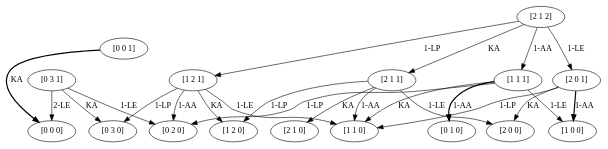
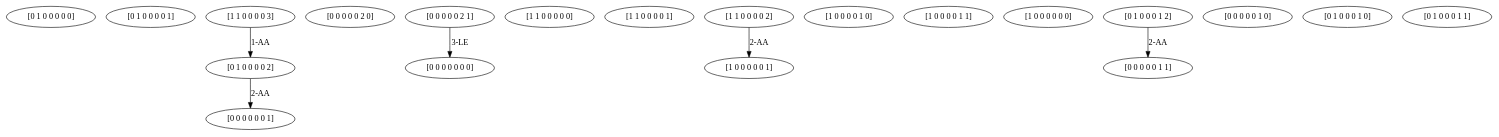
Before and after one commit to rb4k/DP-RM-with-storage: the diagram in test.dot, drawn with Graphviz. The commit also changed 28 other files, not shown here.

```diff
--- a/test.dot
+++ b/test.dot
@@ -1,293 +1,143 @@
 digraph  {
 	node [label="\N"];
-	33	 [capacity="[0]",
-		label="[0 0 0]",
-		stock="[0]",
+	32	 [capacity="[0 1 0]",
+		label="[0 1 0 0 0 0 0]",
+		stock="[0 0 0]",
 		time=0,
 		value=0.0];
-	34	 [capacity="[0]",
-		label="[0 0 1]",
-		stock="[0]",
+	33	 [capacity="[0 1 0]",
+		label="[0 1 0 0 0 0 1]",
+		stock="[0 0 0]",
 		time=1,
 		value=0.0];
-	34 -> 33 [key=0,
-	goal="[0 0 0]",
-	label=KA,
-	modus=KA,
-	not_best_politic=False,
-	revenue=0,
-	style=bold,
-	time=1,
-	weight=0.0,
+	34	 [capacity="[0 1 0]",
+		label="[0 1 0 0 0 0 2]",
+		stock="[0 0 0]",
+		time=2,
+		value=180.0];
+	45	 [capacity="[0 0 0]",
+		label="[0 0 0 0 0 0 1]",
+		stock="[0 0 0]",
+		time=1,
+		value=0.0];
+	34 -> 45 [key=2,
+	goal="[0 0 0 0 0 0 1]",
+	label="2-AA",
+	modus=AA,
+	revenue=200,
+	time=2,
+	weight=200.0,
 	weight_goal=0.0];
-6 [capacity="[2]",
-	label="[2 1 0]",
-	stock="[1]",
+36 [capacity="[0 0 0]",
+	label="[0 0 0 0 0 2 0]",
+	stock="[0 0 2]",
 	time=0,
 	value=0.0];
-7 [capacity="[2]",
-	label="[2 1 1]",
-	stock="[1]",
+37 [capacity="[0 0 0]",
+	label="[0 0 0 0 0 2 1]",
+	stock="[0 0 2]",
 	time=1,
-	value=50.0];
-7 -> 6 [key=0,
-goal="[2 1 0]",
-label=KA,
-modus=KA,
-not_best_politic=True,
-revenue=0,
-time=1,
-weight=0.0,
-weight_goal=0.0];
-9 [capacity="[2]",
-label="[2 0 0]",
-stock="[0]",
-time=0,
-value=0.0];
-7 -> 9 [key=1,
-goal="[2 0 0]",
-label="1-LE",
+	value=4500.0];
+44 [capacity="[0 0 0]",
+	label="[0 0 0 0 0 0 0]",
+	stock="[0 0 0]",
+	time=0,
+	value=0.0];
+37 -> 44 [key=3,
+goal="[0 0 0 0 0 0 0]",
+label="3-LE",
 modus=LE,
-not_best_politic=True,
-revenue=100,
-time=1,
-weight=100.0,
-weight_goal=0.0];
-15 [capacity="[1]",
-label="[1 2 0]",
-stock="[2]",
-time=0,
-value=0.0];
-7 -> 15 [key=1,
-goal="[1 2 0]",
-label="1-LP",
-modus=LP,
-not_best_politic=True,
-revenue=0,
-time=1,
-weight=0.0,
-weight_goal=0.0];
-18 [capacity="[1]",
-label="[1 1 0]",
-stock="[1]",
-time=0,
-value=0.0];
-7 -> 18 [key=1,
-goal="[1 1 0]",
-label="1-AA",
-modus=AA,
-not_best_politic=True,
-revenue=100,
-time=1,
-weight=100.0,
-weight_goal=0.0];
-8 [capacity="[2]",
-label="[2 1 2]",
-stock="[1]",
-time=2,
-value=100.0];
-8 -> 7 [key=0,
-goal="[2 1 1]",
-label=KA,
-modus=KA,
-not_best_politic=True,
-revenue=0,
-time=2,
-weight=0.0,
-weight_goal=50.0];
-10 [capacity="[2]",
-label="[2 0 1]",
-stock="[0]",
-time=1,
-value=50.0];
-8 -> 10 [key=1,
-goal="[2 0 1]",
-label="1-LE",
-modus=LE,
-not_best_politic=True,
-revenue=100,
-time=2,
-weight=100.0,
-weight_goal=50.0];
-16 [capacity="[1]",
-label="[1 2 1]",
-stock="[2]",
-time=1,
-value=50.0];
-8 -> 16 [key=1,
-goal="[1 2 1]",
-label="1-LP",
-modus=LP,
-not_best_politic=True,
-revenue=0,
-time=2,
-weight=0.0,
-weight_goal=50.0];
-19 [capacity="[1]",
-label="[1 1 1]",
-stock="[1]",
-time=1,
-value=50.0];
-8 -> 19 [key=1,
-goal="[1 1 1]",
-label="1-AA",
-modus=AA,
-not_best_politic=True,
-revenue=100,
-time=2,
-weight=100.0,
-weight_goal=50.0];
-10 -> 9 [key=0,
-goal="[2 0 0]",
-label=KA,
-modus=KA,
-not_best_politic=True,
-revenue=0,
-time=1,
-weight=0.0,
-weight_goal=0.0];
-10 -> 18 [key=1,
-goal="[1 1 0]",
-label="1-LP",
-modus=LP,
-not_best_politic=True,
-revenue=0,
-time=1,
-weight=0.0,
-weight_goal=0.0];
-21 [capacity="[1]",
-label="[1 0 0]",
-stock="[0]",
-time=0,
-value=0.0];
-10 -> 21 [key=1,
-goal="[1 0 0]",
-label="1-AA",
-modus=AA,
-not_best_politic=False,
-revenue=100,
-style=bold,
-time=1,
-weight=100.0,
-weight_goal=0.0];
-16 -> 15 [key=0,
-goal="[1 2 0]",
-label=KA,
-modus=KA,
-not_best_politic=True,
-revenue=0,
-time=1,
-weight=0.0,
-weight_goal=0.0];
-16 -> 18 [key=1,
-goal="[1 1 0]",
-label="1-LE",
-modus=LE,
-not_best_politic=True,
-revenue=100,
-time=1,
-weight=100.0,
-weight_goal=0.0];
-24 [capacity="[0]",
-label="[0 3 0]",
-stock="[3]",
-time=0,
-value=0.0];
-16 -> 24 [key=1,
-goal="[0 3 0]",
-label="1-LP",
-modus=LP,
-not_best_politic=True,
-revenue=0,
-time=1,
-weight=0.0,
-weight_goal=0.0];
-27 [capacity="[0]",
-label="[0 2 0]",
-stock="[2]",
-time=0,
-value=0.0];
-16 -> 27 [key=1,
-goal="[0 2 0]",
-label="1-AA",
-modus=AA,
-not_best_politic=True,
-revenue=100,
-time=1,
-weight=100.0,
-weight_goal=0.0];
-19 -> 18 [key=0,
-goal="[1 1 0]",
-label=KA,
-modus=KA,
-not_best_politic=True,
-revenue=0,
-time=1,
-weight=0.0,
-weight_goal=0.0];
-19 -> 21 [key=1,
-goal="[1 0 0]",
-label="1-LE",
-modus=LE,
-not_best_politic=True,
-revenue=100,
-time=1,
-weight=100.0,
-weight_goal=0.0];
-19 -> 27 [key=1,
-goal="[0 2 0]",
-label="1-LP",
-modus=LP,
-not_best_politic=True,
-revenue=0,
-time=1,
-weight=0.0,
-weight_goal=0.0];
-30 [capacity="[0]",
-label="[0 1 0]",
-stock="[1]",
-time=0,
-value=0.0];
-19 -> 30 [key=1,
-goal="[0 1 0]",
-label="1-AA",
-modus=AA,
-not_best_politic=False,
-revenue=100,
-style=bold,
-time=1,
-weight=100.0,
-weight_goal=0.0];
-25 [capacity="[0]",
-label="[0 3 1]",
-stock="[3]",
-time=1,
-value=0.0];
-25 -> 33 [key=2,
-goal="[0 0 0]",
-label="2-LE",
-modus=LE,
-not_best_politic=True,
 revenue=5000,
 time=1,
 weight=5000.0,
 weight_goal=0.0];
-25 -> 24 [key=0,
-goal="[0 3 0]",
-label=KA,
-modus=KA,
-not_best_politic=True,
-revenue=0,
+8 [capacity="[1 1 0]",
+label="[1 1 0 0 0 0 0]",
+stock="[0 0 0]",
+time=0,
+value=0.0];
+9 [capacity="[1 1 0]",
+label="[1 1 0 0 0 0 1]",
+stock="[0 0 0]",
 time=1,
-weight=0.0,
+value=0.0];
+10 [capacity="[1 1 0]",
+label="[1 1 0 0 0 0 2]",
+stock="[0 0 0]",
+time=2,
+value=180.0];
+21 [capacity="[1 0 0]",
+label="[1 0 0 0 0 0 1]",
+stock="[0 0 0]",
+time=1,
+value=0.0];
+10 -> 21 [key=2,
+goal="[1 0 0 0 0 0 1]",
+label="2-AA",
+modus=AA,
+revenue=200,
+time=2,
+weight=200.0,
 weight_goal=0.0];
-25 -> 27 [key=1,
-goal="[0 2 0]",
-label="1-LE",
-modus=LE,
-not_best_politic=True,
+11 [capacity="[1 1 0]",
+label="[1 1 0 0 0 0 3]",
+stock="[0 0 0]",
+time=3,
+value=3914.0];
+11 -> 34 [key=1,
+goal="[0 1 0 0 0 0 2]",
+label="1-AA",
+modus=AA,
 revenue=100,
+time=3,
+weight=100.0,
+weight_goal=180.0];
+16 [capacity="[1 0 0]",
+label="[1 0 0 0 0 1 0]",
+stock="[0 0 1]",
+time=0,
+value=0.0];
+17 [capacity="[1 0 0]",
+label="[1 0 0 0 0 1 1]",
+stock="[0 0 1]",
 time=1,
-weight=100.0,
+value=0.0];
+20 [capacity="[1 0 0]",
+label="[1 0 0 0 0 0 0]",
+stock="[0 0 0]",
+time=0,
+value=0.0];
+41 [capacity="[0 0 0]",
+label="[0 0 0 0 0 1 1]",
+stock="[0 0 1]",
+time=1,
+value=0.0];
+40 [capacity="[0 0 0]",
+label="[0 0 0 0 0 1 0]",
+stock="[0 0 1]",
+time=0,
+value=0.0];
+28 [capacity="[0 1 0]",
+label="[0 1 0 0 0 1 0]",
+stock="[0 0 1]",
+time=0,
+value=0.0];
+29 [capacity="[0 1 0]",
+label="[0 1 0 0 0 1 1]",
+stock="[0 0 1]",
+time=1,
+value=0.0];
+30 [capacity="[0 1 0]",
+label="[0 1 0 0 0 1 2]",
+stock="[0 0 1]",
+time=2,
+value=4230.0];
+30 -> 41 [key=2,
+goal="[0 0 0 0 0 1 1]",
+label="2-AA",
+modus=AA,
+revenue=200,
+time=2,
+weight=200.0,
 weight_goal=0.0];
 }
```
